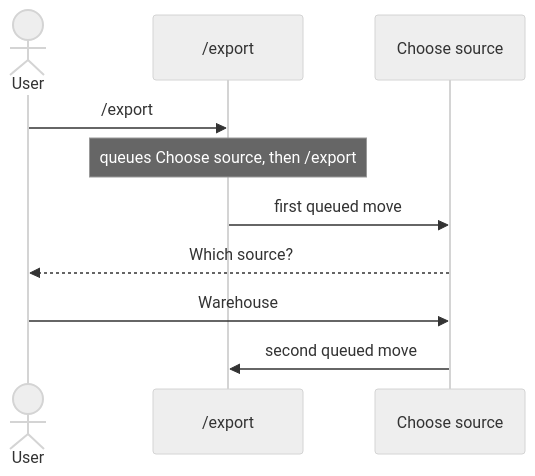
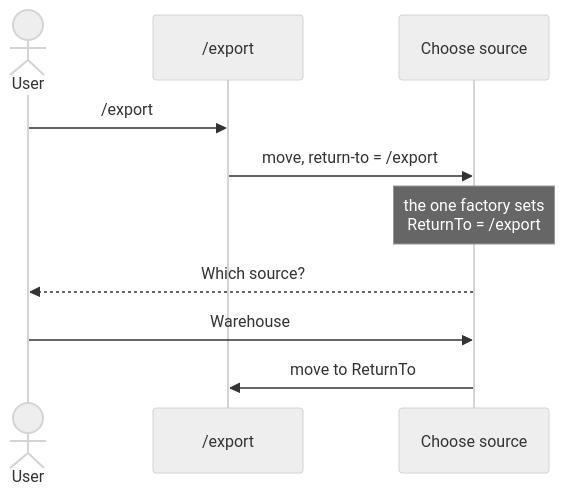
The second of 2 diagrams in docs/investigations/how-does-a-command-know-where-it-was-sent-from.md (KitCli/KitCli), drawn with Mermaid (neutral theme) before and after one commit. The commit also changed other lines of this file and 2 other files, not shown here.

````diff
--- a/docs/investigations/how-does-a-command-know-where-it-was-sent-from.md
+++ b/docs/investigations/how-does-a-command-know-where-it-was-sent-from.md
@@ -88,12 +72,12 @@
 ```mermaid
 sequenceDiagram
     actor U as User
     participant E as /export
     participant C as Choose source
     U->>E: /export
-    Note over E: queues Choose source, then /export
-    E->>C: first queued move
+    E->>C: move, return-to = /export
+    Note over C: the one factory sets<br/>ReturnTo = /export
     C-->>U: Which source?
     U->>C: Warehouse
-    C->>E: second queued move
+    C->>E: move to ReturnTo
 ```
````
